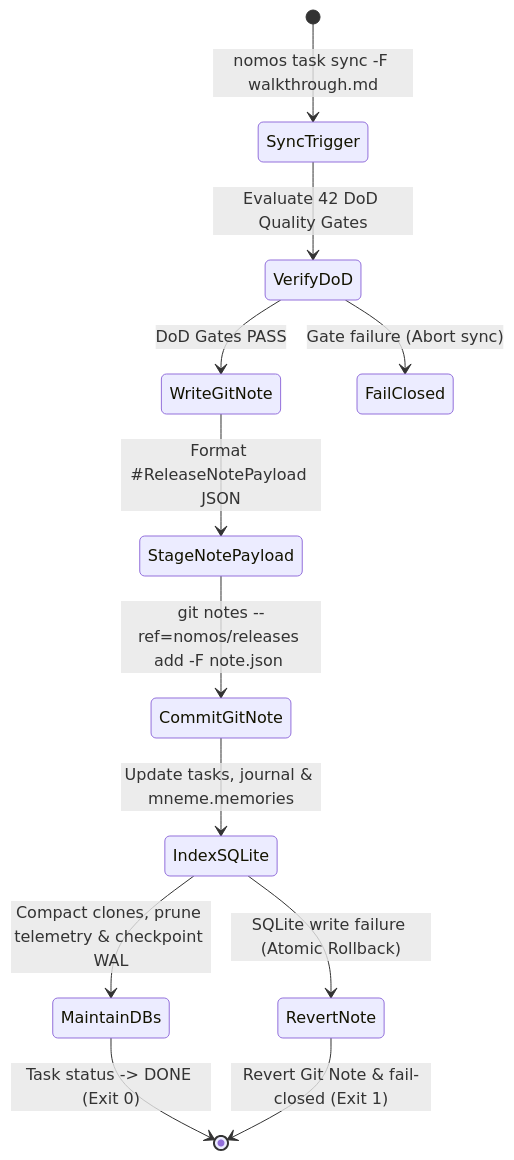
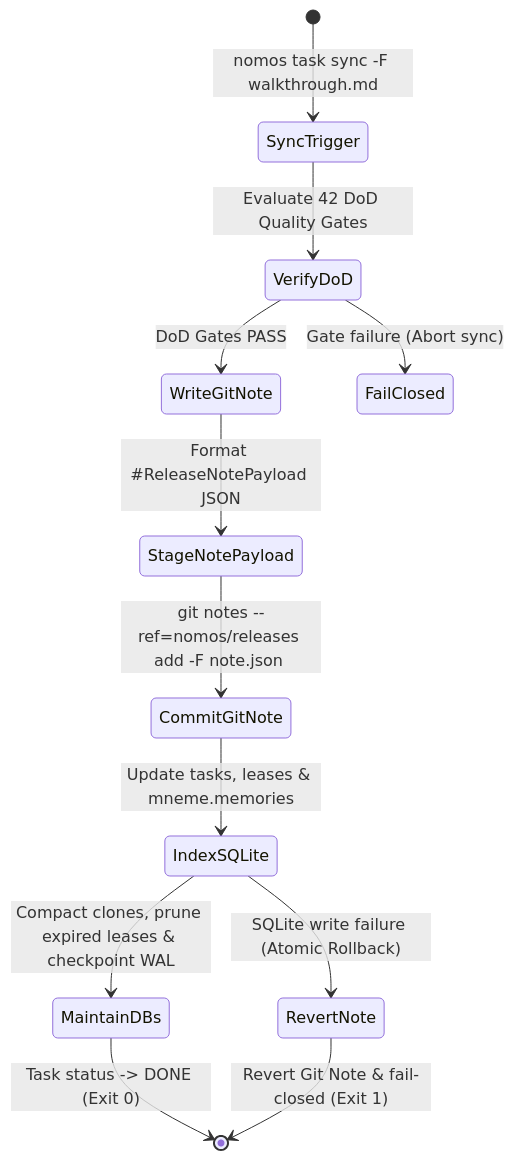
One commit to mgantlett/nomos changed the diagram in intent/architecture/specs/substrate/database_and_git_notes_schema_spec.md. Above: the diagram before and after it, drawn with Mermaid. The commit also changed other lines of this file and 14 other files, not shown here.

````diff
--- a/intent/architecture/specs/substrate/database_and_git_notes_schema_spec.md
+++ b/intent/architecture/specs/substrate/database_and_git_notes_schema_spec.md
@@ -193,21 +169,21 @@
 ```mermaid
 stateDiagram-v2
     [*] --> SyncTrigger: nomos task sync -F walkthrough.md
     SyncTrigger --> VerifyDoD: Evaluate 42 DoD Quality Gates
     
     state VerifyDoD <<choice>>
     VerifyDoD --> WriteGitNote: DoD Gates PASS
     VerifyDoD --> FailClosed: Gate failure (Abort sync)
 
     WriteGitNote --> StageNotePayload: Format #ReleaseNotePayload JSON
     StageNotePayload --> CommitGitNote: git notes --ref=nomos/releases add -F note.json <commit_sha>
     
-    CommitGitNote --> IndexSQLite: Update tasks, journal & mneme.memories
+    CommitGitNote --> IndexSQLite: Update tasks, leases & mneme.memories
     
     state IndexSQLite <<choice>>
-    IndexSQLite --> MaintainDBs: Compact clones, prune telemetry & checkpoint WAL
+    IndexSQLite --> MaintainDBs: Compact clones, prune expired leases & checkpoint WAL
     IndexSQLite --> RevertNote: SQLite write failure (Atomic Rollback)
 
     MaintainDBs --> [*]: Task status -> DONE (Exit 0)
     RevertNote --> [*]: Revert Git Note & fail-closed (Exit 1)
 ```
````
